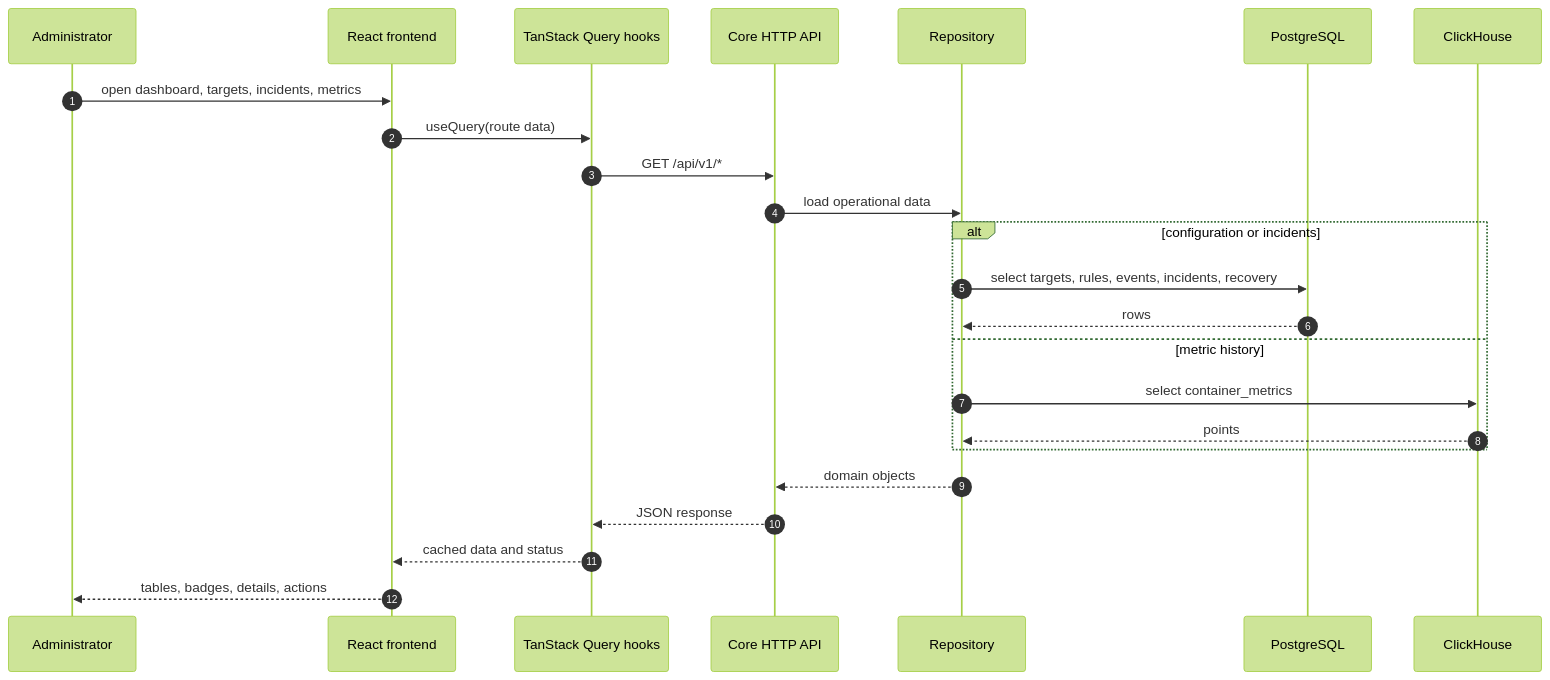
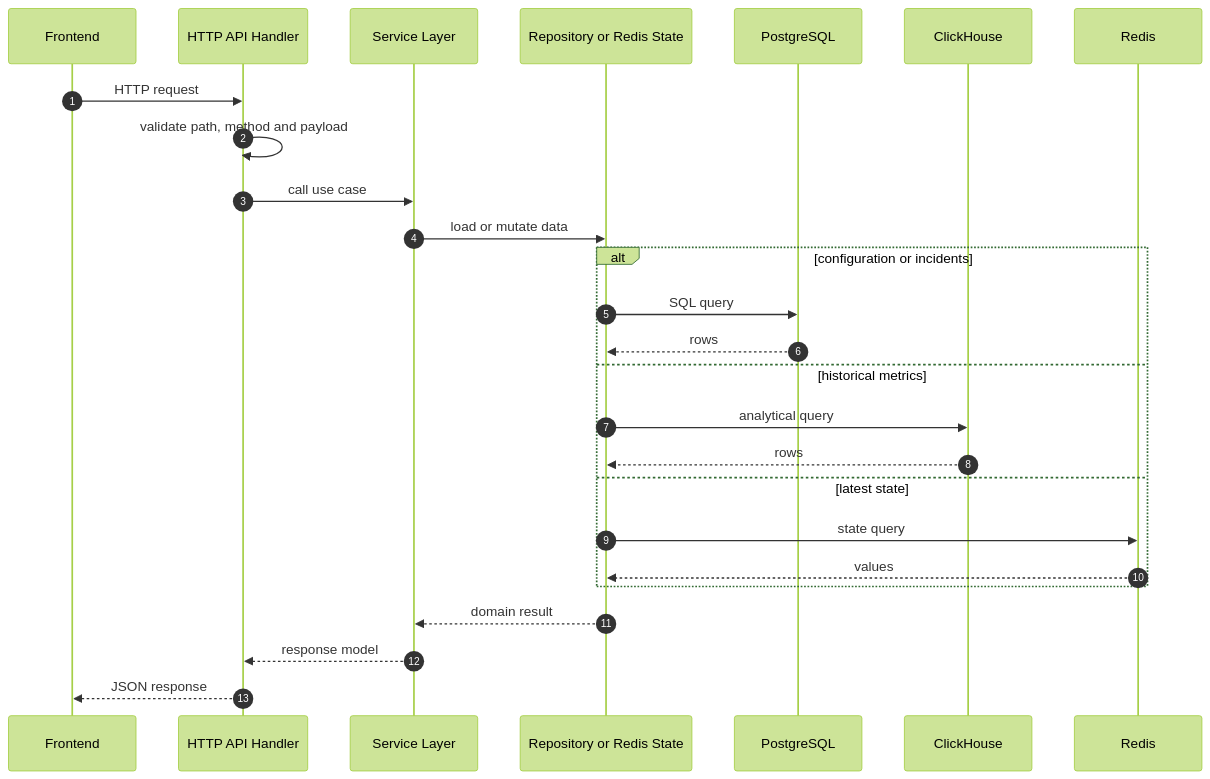
Diagram 17 of 24 in docs/uml-diagrams.md (MTXIK/container-monitoring), drawn with Mermaid (forest theme) before and after one commit. The commit also changed other lines of this file, not shown here.

Commit message:
add diagrams

````diff
--- a/docs/uml-diagrams.md
+++ b/docs/uml-diagrams.md
@@ -535,27 +502,29 @@
 ```mermaid
 sequenceDiagram
     autonumber
-    participant User as Administrator
-    participant UI as React frontend
-    participant Query as TanStack Query hooks
-    participant API as Core HTTP API
-    participant Repo as Repository
+    participant Frontend as Frontend
+    participant Handler as HTTP API Handler
+    participant Service as Service Layer
+    participant Repository as Repository or Redis State
     participant Postgres as PostgreSQL
     participant ClickHouse as ClickHouse
+    participant Redis as Redis
 
-    User->>UI: open dashboard, targets, incidents, metrics
-    UI->>Query: useQuery(route data)
-    Query->>API: GET /api/v1/*
-    API->>Repo: load operational data
+    Frontend->>Handler: HTTP request
+    Handler->>Handler: validate path, method and payload
+    Handler->>Service: call use case
+    Service->>Repository: load or mutate data
     alt configuration or incidents
-        Repo->>Postgres: select targets, rules, events, incidents, recovery
-        Postgres-->>Repo: rows
-    else metric history
-        Repo->>ClickHouse: select container_metrics
-        ClickHouse-->>Repo: points
+        Repository->>Postgres: SQL query
+        Postgres-->>Repository: rows
+    else historical metrics
+        Repository->>ClickHouse: analytical query
+        ClickHouse-->>Repository: rows
+    else latest state
+        Repository->>Redis: state query
+        Redis-->>Repository: values
     end
-    Repo-->>API: domain objects
-    API-->>Query: JSON response
-    Query-->>UI: cached data and status
-    UI-->>User: tables, badges, details, actions
+    Repository-->>Service: domain result
+    Service-->>Handler: response model
+    Handler-->>Frontend: JSON response
 ```
````
